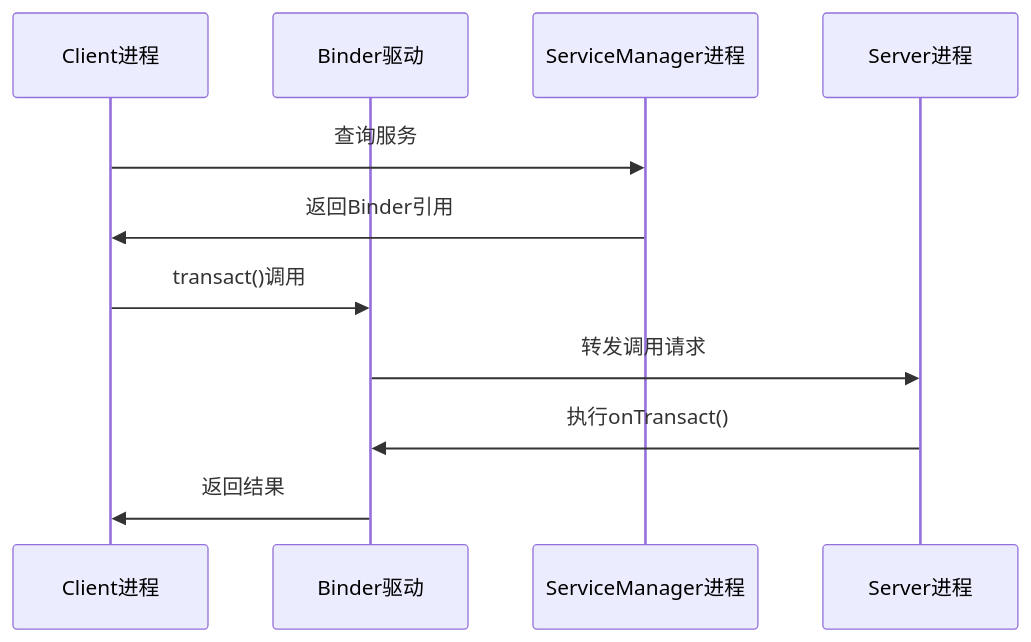
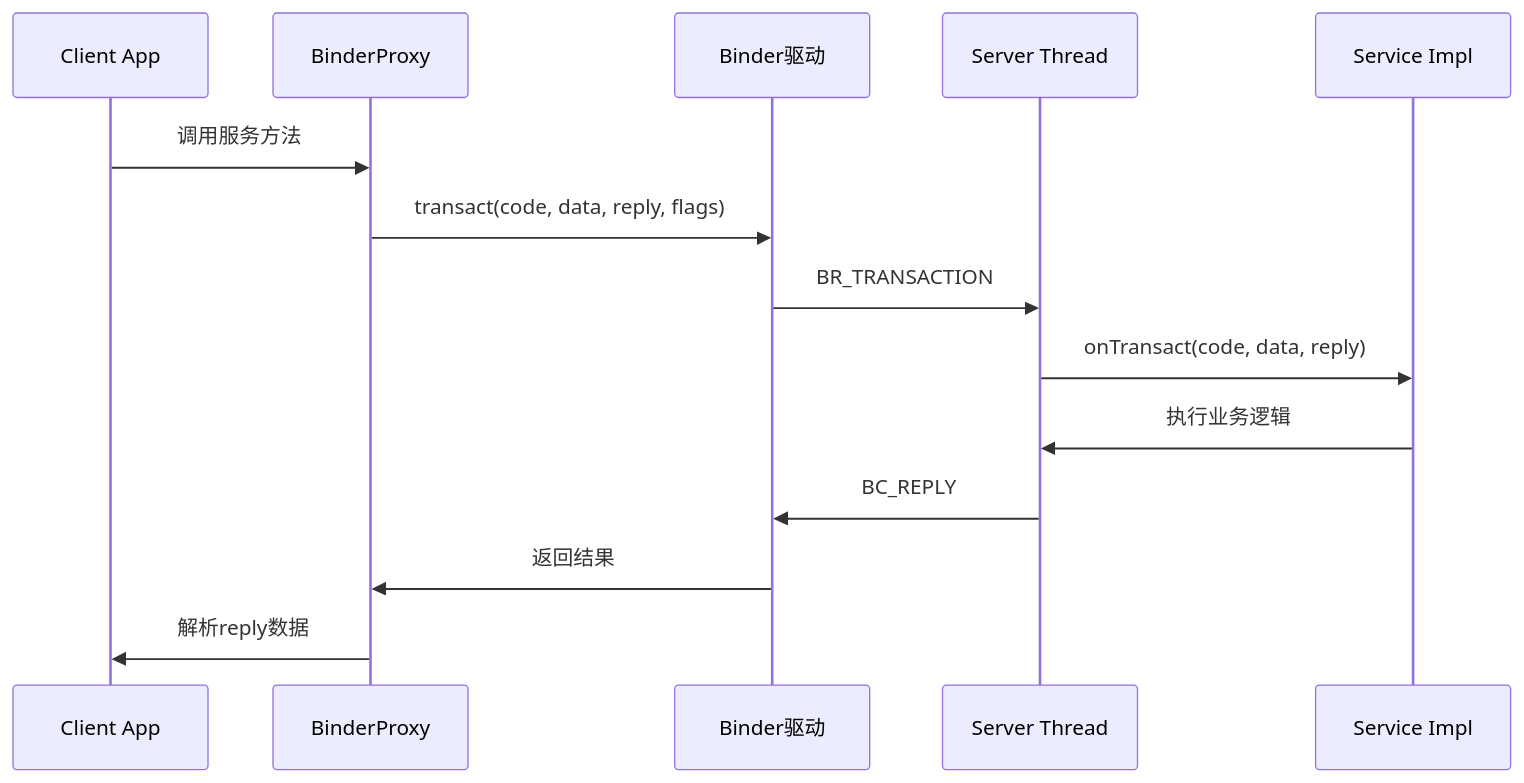
Before and after one commit to yuchuangu85/AOSP_Frameworks: the second of 6 diagrams in docs/BinderAnalysis.md, drawn with Mermaid. The commit also changed other lines of this file and 215 other files, not shown here.

````diff
--- a/docs/BinderAnalysis.md
+++ b/docs/BinderAnalysis.md
@@ -44,14 +96,17 @@
 ```mermaid
 sequenceDiagram
-    participant C as Client进程
+    participant CA as Client App
+    participant CP as BinderProxy
     participant BD as Binder驱动
-    participant SP as ServiceManager进程
-    participant S as Server进程
+    participant ST as Server Thread
+    participant SI as Service Impl
     
-    C->>SP: 查询服务
-    SP->>C: 返回Binder引用
-    C->>BD: transact()调用
-    BD->>S: 转发调用请求
-    S->>BD: 执行onTransact()
-    BD->>C: 返回结果
+    CA->>CP: 调用服务方法
+    CP->>BD: transact(code, data, reply, flags)
+    BD->>ST: BR_TRANSACTION
+    ST->>SI: onTransact(code, data, reply)
+    SI->>ST: 执行业务逻辑
+    ST->>BD: BC_REPLY
+    BD->>CP: 返回结果
+    CP->>CA: 解析reply数据
 ```
````
